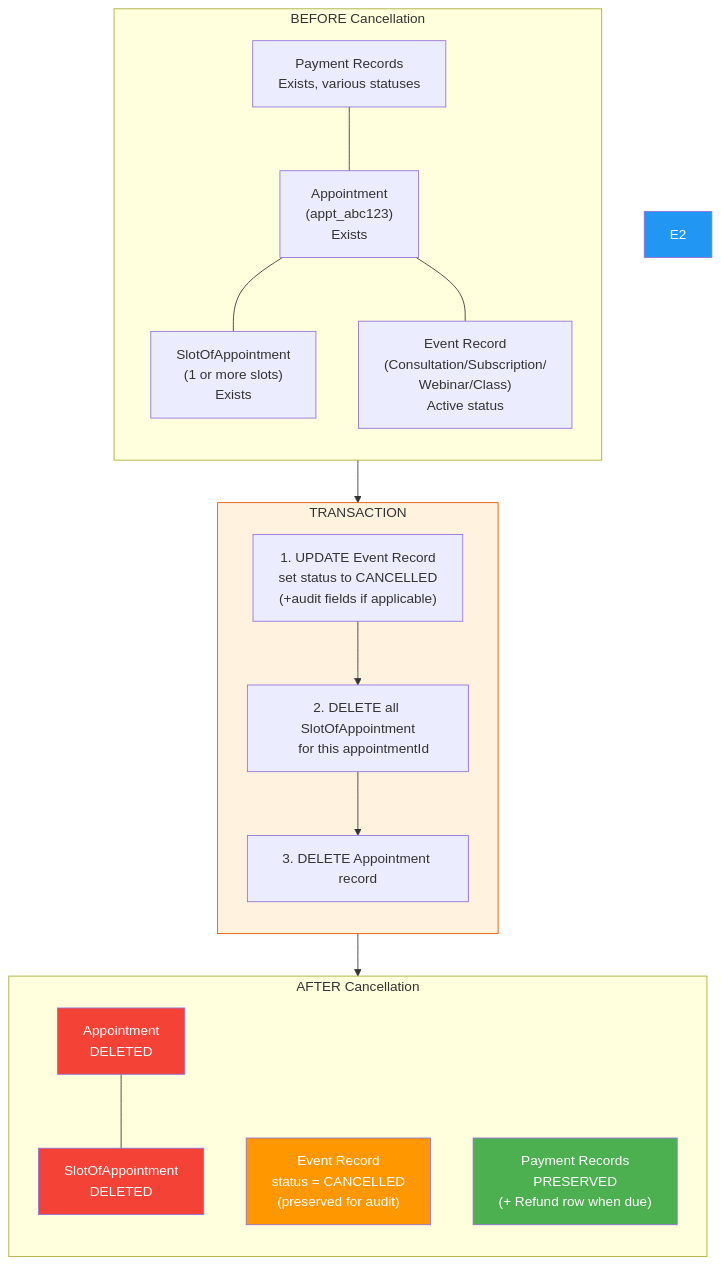
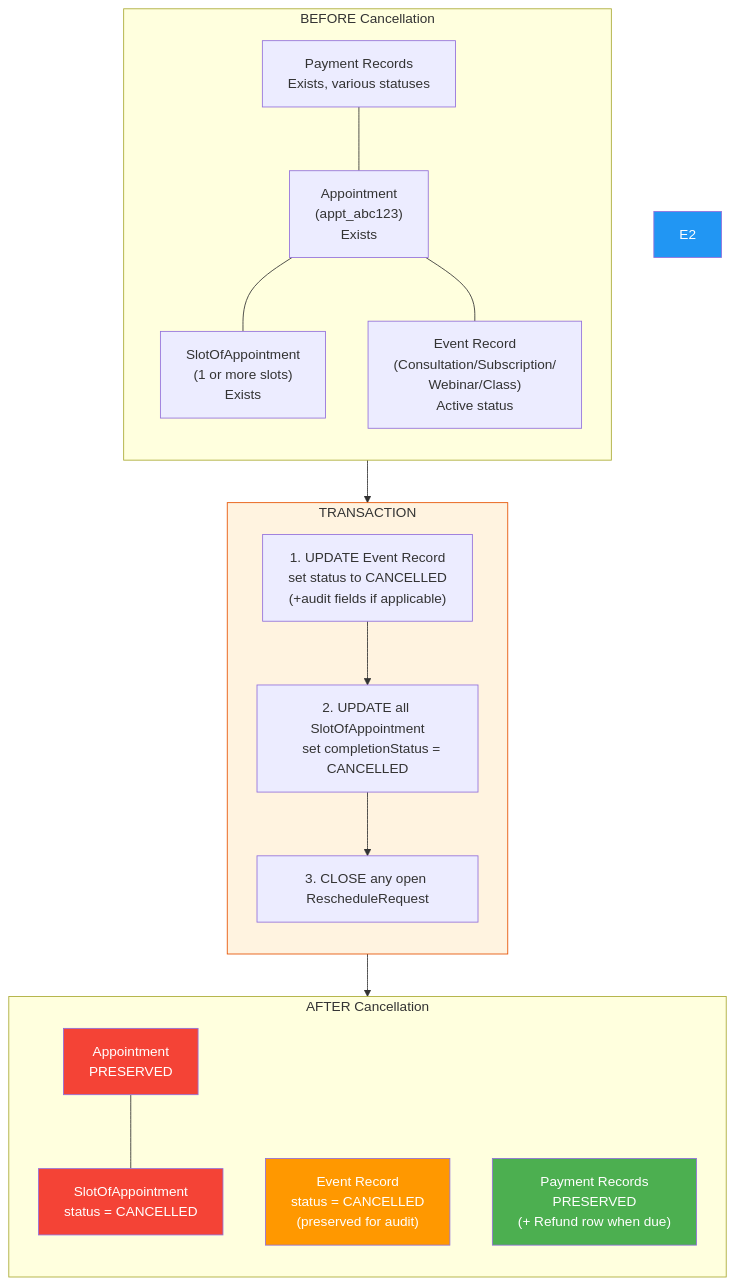
The eighth of 14 diagrams in docs/booking/08-cancellation-flow.md (Practitionist/familiarise_web), drawn with Mermaid before and after one commit. The commit also changed other lines of this file and 1 other file, not shown here.

````diff
--- a/docs/booking/08-cancellation-flow.md
+++ b/docs/booking/08-cancellation-flow.md
@@ -718,33 +718,33 @@
 ```mermaid
 flowchart TD
     subgraph BEFORE["BEFORE Cancellation"]
         direction TB
         A1["Appointment\n(appt_abc123)\nExists"] --- B1["SlotOfAppointment\n(1 or more slots)\nExists"]
         A1 --- C1["Event Record\n(Consultation/Subscription/\nWebinar/Class)\nActive status"]
         D1["Payment Records\nExists, various statuses"] --- A1
     end
 
     subgraph TRANSACTION["TRANSACTION"]
         direction TB
         T1["1. UPDATE Event Record\n   set status to CANCELLED\n   (+audit fields if applicable)"]
-        T2["2. DELETE all SlotOfAppointment\n   for this appointmentId"]
-        T3["3. DELETE Appointment record"]
+        T2["2. UPDATE all SlotOfAppointment\n   set completionStatus = CANCELLED"]
+        T3["3. CLOSE any open RescheduleRequest"]
         T1 --> T2 --> T3
     end
 
     subgraph AFTER["AFTER Cancellation"]
         direction TB
-        A2["Appointment\nDELETED"] --- B2["SlotOfAppointment\nDELETED"]
+        A2["Appointment\nPRESERVED"] --- B2["SlotOfAppointment\nstatus = CANCELLED"]
         C2["Event Record\nstatus = CANCELLED\n(preserved for audit)"]
         D2["Payment Records\nPRESERVED\n(+ Refund row when due)"]
     end
 
     BEFORE --> TRANSACTION --> AFTER
 
     style A2 fill:#f44336,color:#fff
     style B2 fill:#f44336,color:#fff
     style C2 fill:#ff9800,color:#fff
     style D2 fill:#4caf50,color:#fff
     style E2 fill:#2196f3,color:#fff
     style TRANSACTION fill:#fff3e0,stroke:#e65100
 ```
````
